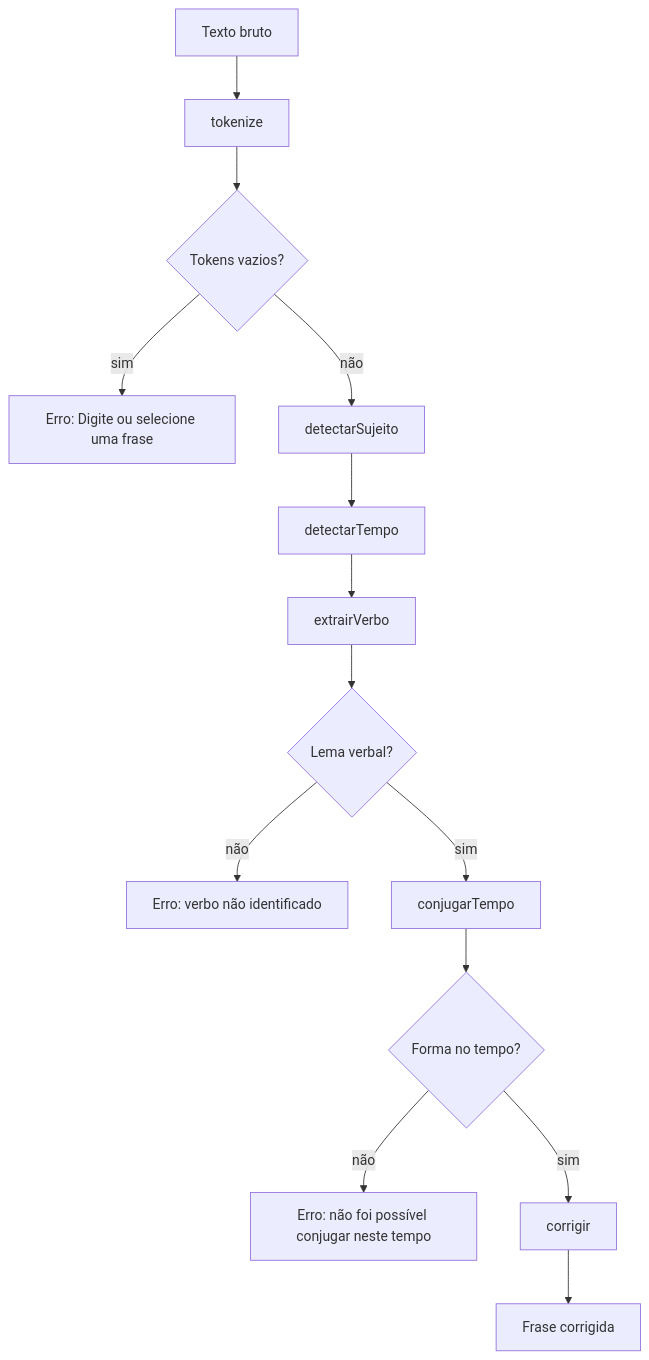
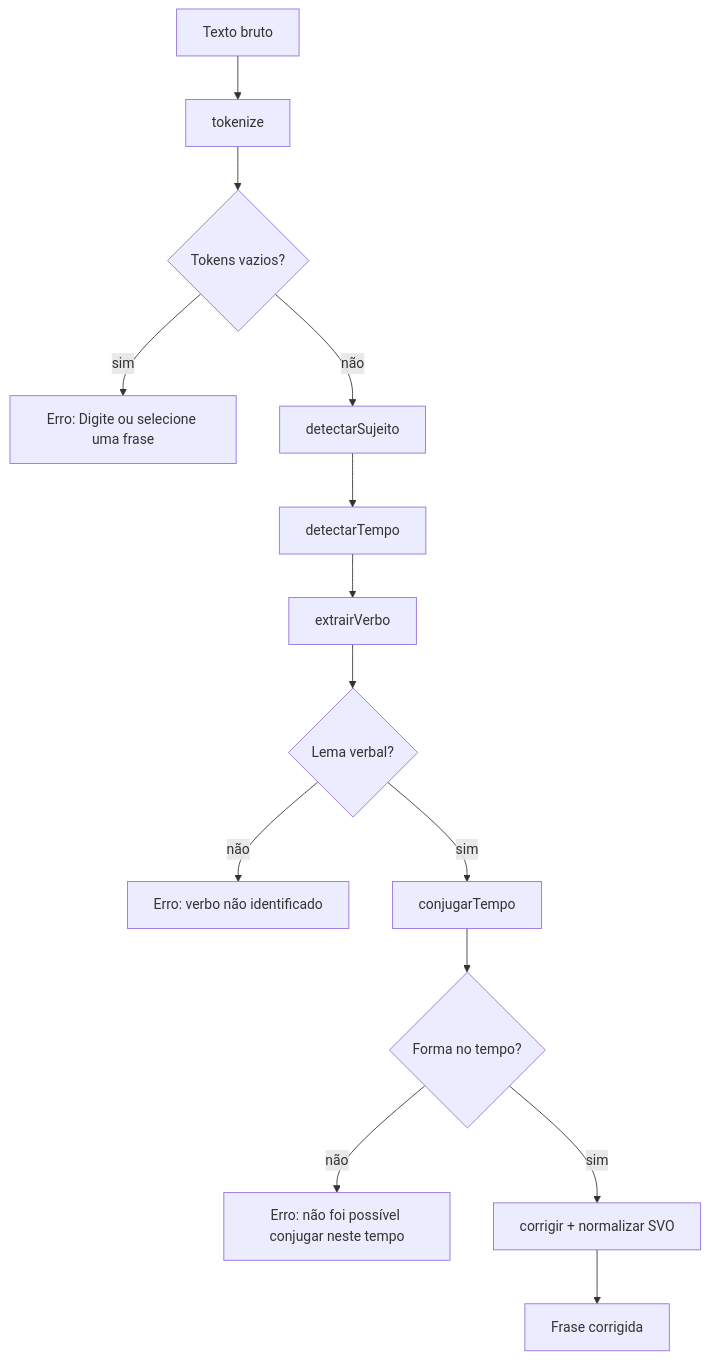
The first of 6 diagrams in docs/diagrama.md (aac-ai-lab/conjug.ai), drawn with Mermaid before and after one commit. The commit also changed other lines of this file and 10 other files, not shown here.

````diff
--- a/docs/diagrama.md
+++ b/docs/diagrama.md
@@ -11,16 +11,16 @@
 ```mermaid
 flowchart TD
   A[Texto bruto] --> B[tokenize]
   B --> C{Tokens vazios?}
   C -->|sim| ERR[Erro: Digite ou selecione uma frase]
   C -->|não| D[detectarSujeito]
   D --> E[detectarTempo]
   E --> F[extrairVerbo]
   F --> G{Lema verbal?}
   G -->|não| ERR2[Erro: verbo não identificado]
   G -->|sim| H[conjugarTempo]
   H --> I{Forma no tempo?}
   I -->|não| ERR3[Erro: não foi possível conjugar neste tempo]
-  I -->|sim| J[corrigir]
+  I -->|sim| J[corrigir + normalizar SVO]
   J --> K[Frase corrigida]
 ```
````
